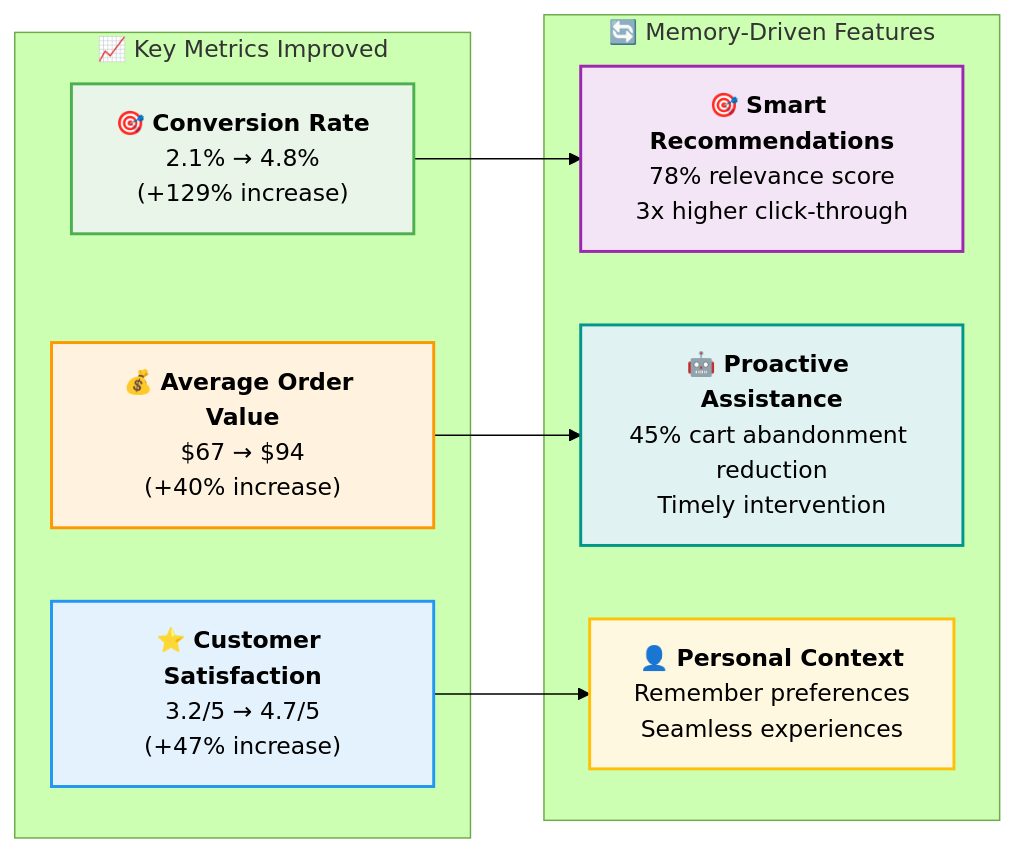
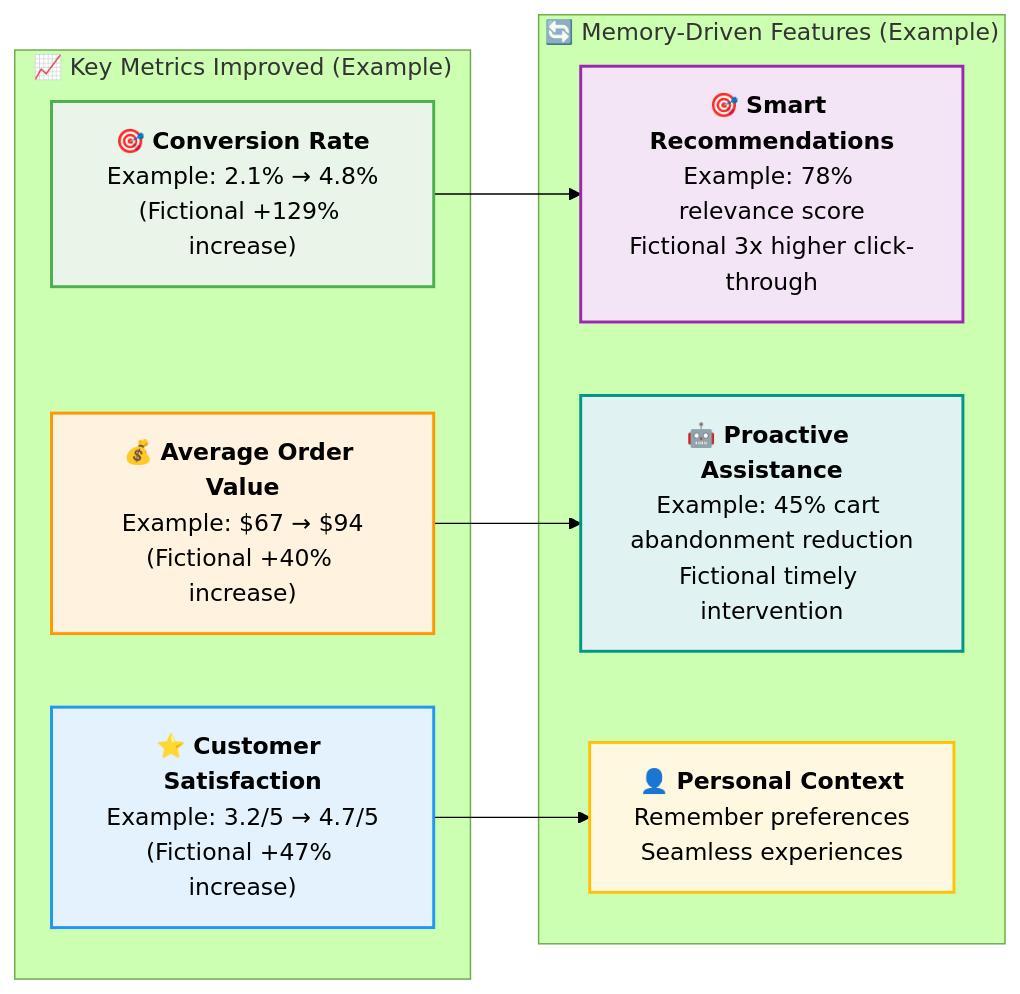
Before and after one commit to raphaelmansuy/tutorials: the sixth of 6 diagrams in 07_agent/08_chapter.md, drawn with Mermaid (forest theme). The commit also changed other lines of this file, not shown here.

````diff
--- a/07_agent/08_chapter.md
+++ b/07_agent/08_chapter.md
@@ -1303,42 +1299,42 @@
 ```mermaid
 flowchart LR
-    subgraph "📈 Key Metrics Improved"
+    subgraph "📈 Key Metrics Improved (Example)"
         CR["`🎯 **Conversion Rate**
-        2.1% → 4.8%
-        (+129% increase)`"]
+        Example: 2.1% → 4.8%
+        (Fictional +129% increase)`"]
         
         AOV["`💰 **Average Order Value**
-        $67 → $94
-        (+40% increase)`"]
+        Example: $67 → $94
+        (Fictional +40% increase)`"]
         
         CS["`⭐ **Customer Satisfaction**
-        3.2/5 → 4.7/5
-        (+47% increase)`"]
+        Example: 3.2/5 → 4.7/5
+        (Fictional +47% increase)`"]
     end
     
-    subgraph "🔄 Memory-Driven Features"
+    subgraph "🔄 Memory-Driven Features (Example)"
         PR["`🎯 **Smart Recommendations**
-        78% relevance score
-        3x higher click-through`"]
+        Example: 78% relevance score
+        Fictional 3x higher click-through`"]
         
         PA["`🤖 **Proactive Assistance**
-        45% cart abandonment reduction
-        Timely intervention`"]
+        Example: 45% cart abandonment reduction
+        Fictional timely intervention`"]
         
         PC["`👤 **Personal Context**
         Remember preferences
         Seamless experiences`"]
     end
     
     CR --> PR
     AOV --> PA
     CS --> PC
     
     style CR fill:#e8f5e8,stroke:#4caf50,stroke-width:2px,color:#000
     style AOV fill:#fff3e0,stroke:#ff9800,stroke-width:2px,color:#000
     style CS fill:#e3f2fd,stroke:#2196f3,stroke-width:2px,color:#000
     
     style PR fill:#f3e5f5,stroke:#9c27b0,stroke-width:2px,color:#000
     style PA fill:#e0f2f1,stroke:#009688,stroke-width:2px,color:#000
     style PC fill:#fff8e1,stroke:#ffc107,stroke-width:2px,color:#000
 ```
````
